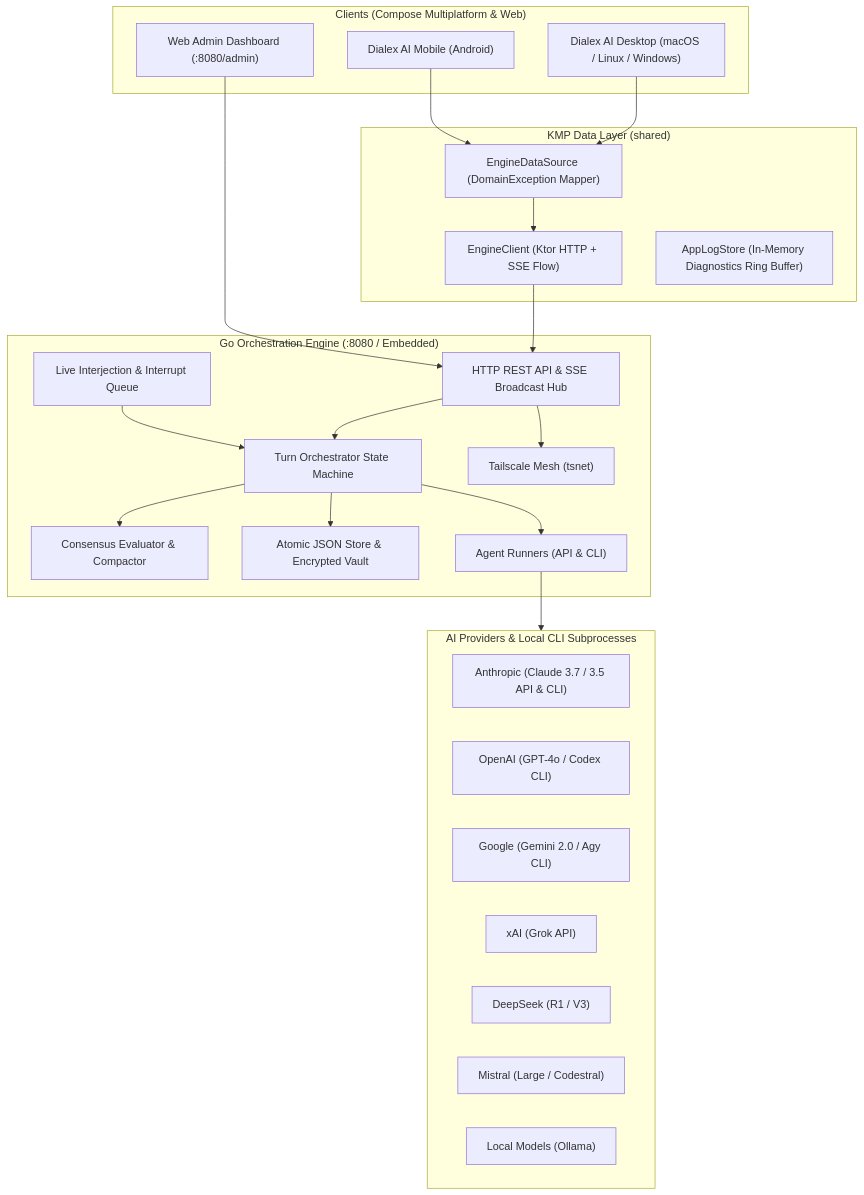
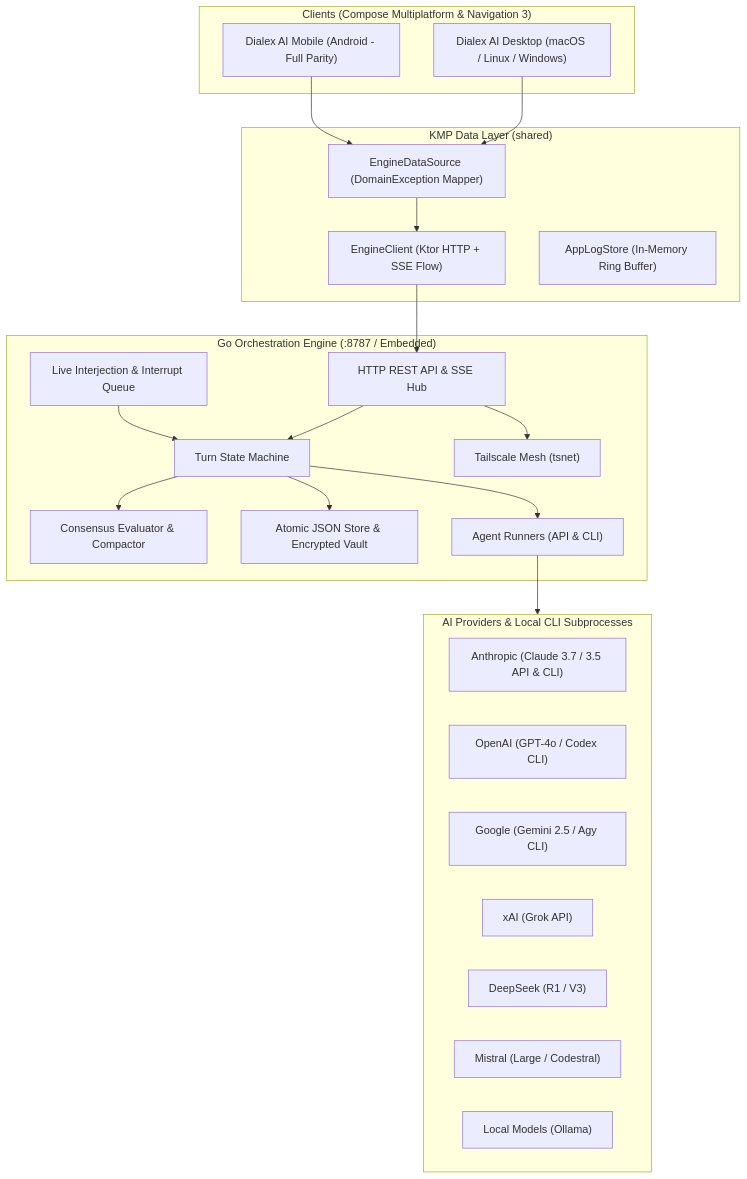
Before and after one commit to Kolta-Labs/DialexAI: the diagram in README.md, drawn with Mermaid. The commit also changed other lines of this file and 23 other files, not shown here.

````diff
--- a/README.md
+++ b/README.md
@@ -35,47 +157,45 @@
 ```mermaid
 flowchart TD
-    subgraph Clients ["Clients (Compose Multiplatform & Web)"]
+    subgraph Clients ["Clients (Compose Multiplatform & Navigation 3)"]
         Desktop["Dialex AI Desktop (macOS / Linux / Windows)"]
-        Mobile["Dialex AI Mobile (Android)"]
-        WebAdmin["Web Admin Dashboard (:8080/admin)"]
+        Mobile["Dialex AI Mobile (Android - Full Parity)"]
     end
 
     subgraph Data ["KMP Data Layer (shared)"]
         EngineClient["EngineClient (Ktor HTTP + SSE Flow)"]
         EngineDS["EngineDataSource (DomainException Mapper)"]
-        AppLogStore["AppLogStore (In-Memory Diagnostics Ring Buffer)"]
+        AppLogStore["AppLogStore (In-Memory Ring Buffer)"]
     end
 
-    subgraph Backend ["Go Orchestration Engine (:8080 / Embedded)"]
-        Server["HTTP REST API & SSE Broadcast Hub"]
-        Orchestrator["Turn Orchestrator State Machine"]
+    subgraph Backend ["Go Orchestration Engine (:8787 / Embedded)"]
+        Server["HTTP REST API & SSE Hub"]
+        Orchestrator["Turn State Machine"]
         ConsensusEngine["Consensus Evaluator & Compactor"]
         Queue["Live Interjection & Interrupt Queue"]
         Store["Atomic JSON Store & Encrypted Vault"]
         Runner["Agent Runners (API & CLI)"]
         Tsnet["Tailscale Mesh (tsnet)"]
     end
 
     subgraph Providers ["AI Providers & Local CLI Subprocesses"]
         Anthropic["Anthropic (Claude 3.7 / 3.5 API & CLI)"]
         OpenAI["OpenAI (GPT-4o / Codex CLI)"]
-        Google["Google (Gemini 2.0 / Agy CLI)"]
+        Google["Google (Gemini 2.5 / Agy CLI)"]
         xAI["xAI (Grok API)"]
         DeepSeek["DeepSeek (R1 / V3)"]
         Mistral["Mistral (Large / Codestral)"]
         Ollama["Local Models (Ollama)"]
     end
 
     Desktop --> EngineDS
     Mobile --> EngineDS
     EngineDS --> EngineClient
     EngineClient --> Server
-    WebAdmin --> Server
     Server --> Orchestrator
     Queue --> Orchestrator
     Orchestrator --> ConsensusEngine
     Orchestrator --> Runner
     Orchestrator --> Store
     Runner --> Providers
     Server --> Tsnet
 ```
````
